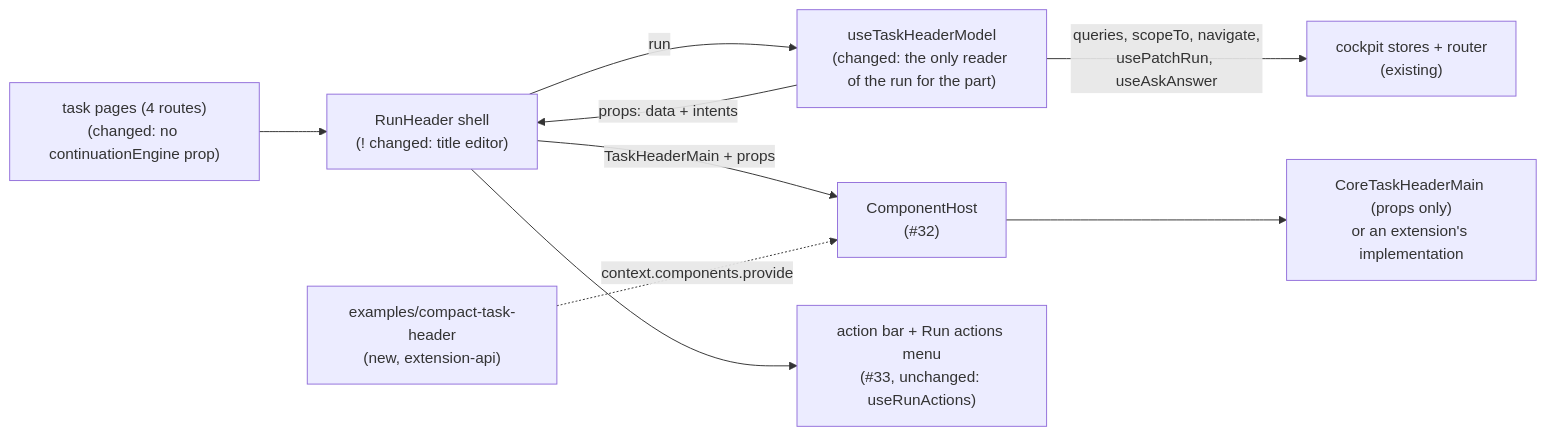
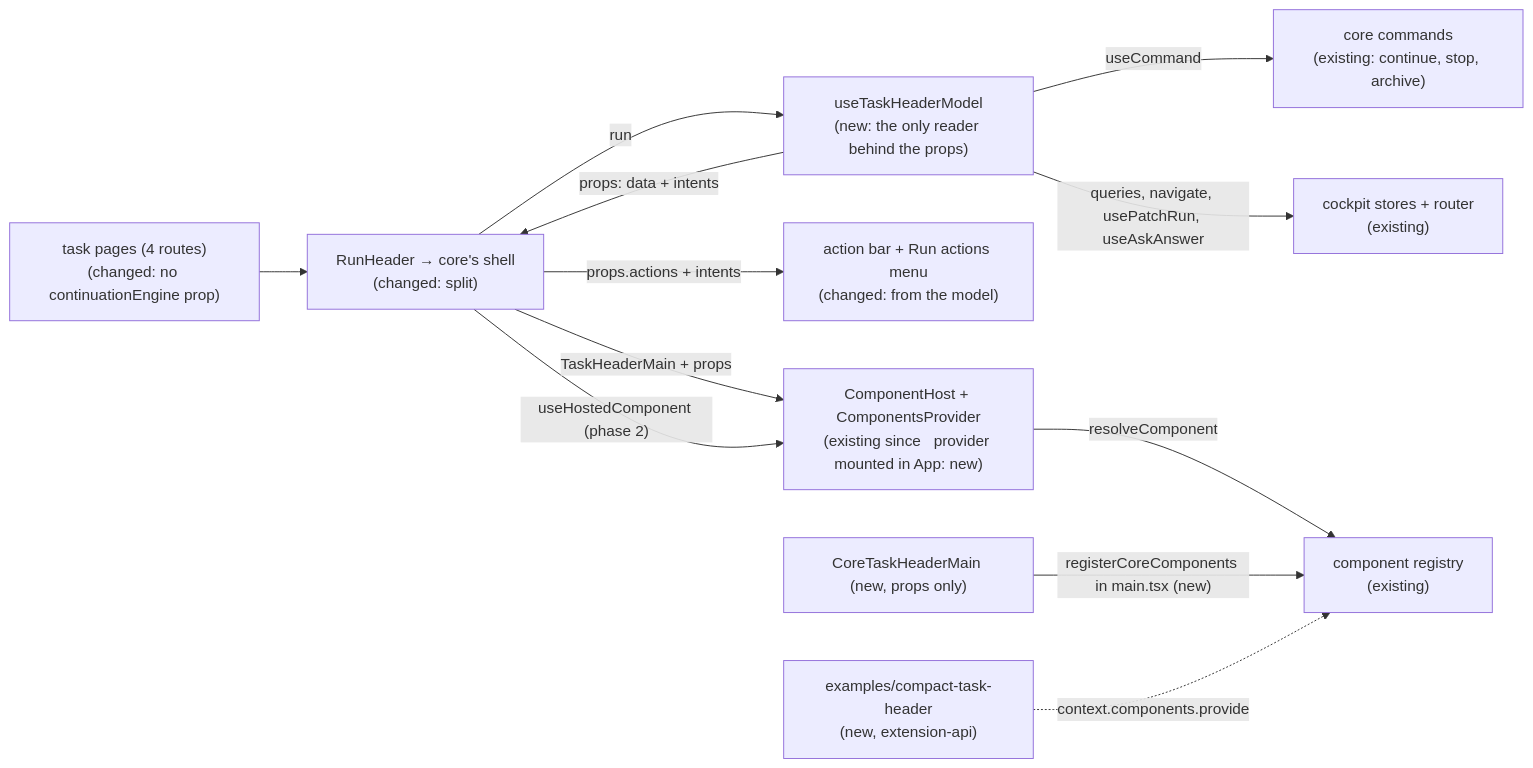
Before and after one commit to DarrenStasiakDev4You/cezar-hackathon-ale-patryk-nazywa-go-brutusem: the diagram in .ai/specs/2026-09-19-task-header-contract.md, drawn with Mermaid. The commit also changed other lines of this file and 7 other files, not shown here.

First line of the commit message:
docs(specs): revise task-header-contract for main after #32

````diff
--- a/.ai/specs/2026-09-19-task-header-contract.md
+++ b/.ai/specs/2026-09-19-task-header-contract.md
@@ -166,11 +175,14 @@
 ```mermaid
 flowchart LR
   page["task pages (4 routes)<br/>(changed: no continuationEngine prop)"] --> shell
-  shell["RunHeader shell<br/>(#33; changed: title editor)"] -->|"run"| model
-  model["useTaskHeaderModel<br/>(changed: the only reader of the run for the part)"] -->|"queries, scopeTo, navigate,<br/>usePatchRun, useAskAnswer"| core["cockpit stores + router<br/>(existing)"]
+  shell["RunHeader → core's shell<br/>(changed: split)"] -->|"run"| model
+  model["useTaskHeaderModel<br/>(new: the only reader behind the props)"] -->|"useCommand"| cmds["core commands<br/>(existing: continue, stop, archive)"]
+  model -->|"queries, navigate, usePatchRun, useAskAnswer"| core["cockpit stores + router<br/>(existing)"]
   model -->|"props: data + intents"| shell
-  shell -->|"TaskHeaderMain + props"| host["ComponentHost<br/>(#32)"]
-  shell --> actions["action bar + Run actions menu<br/>(#33, unchanged: useRunActions)"]
-  host --> impl["CoreTaskHeaderMain (props only)<br/>or an extension's implementation"]
-  example["examples/compact-task-header<br/>(new, extension-api)"] -.->|"context.components.provide"| host
+  shell -->|"props.actions + intents"| bar["action bar + Run actions menu<br/>(changed: from the model)"]
+  shell -->|"TaskHeaderMain + props"| host["ComponentHost + ComponentsProvider<br/>(existing since #32; provider mounted in App: new)"]
+  shell -->|"useHostedComponent (phase 2)"| host
+  host -->|"resolveComponent"| reg["component registry<br/>(existing)"]
+  coredef["CoreTaskHeaderMain (new, props only)"] -->|"registerCoreComponents in main.tsx (new)"| reg
+  example["examples/compact-task-header<br/>(new, extension-api)"] -.->|"context.components.provide"| reg
 ```
````
